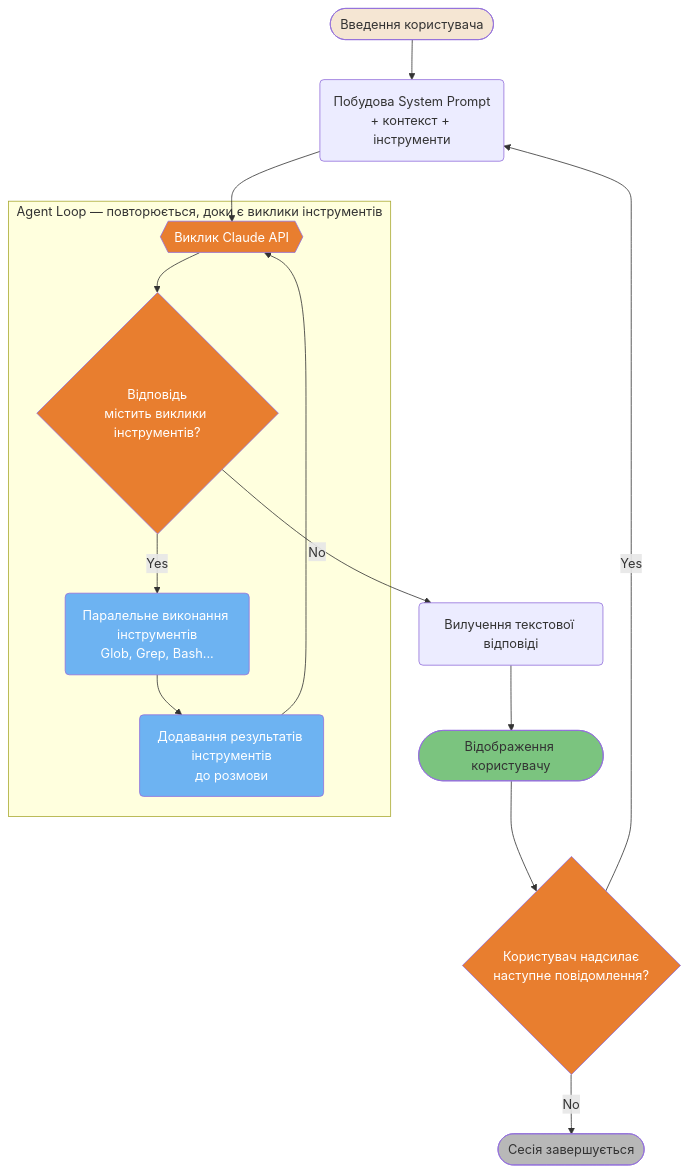
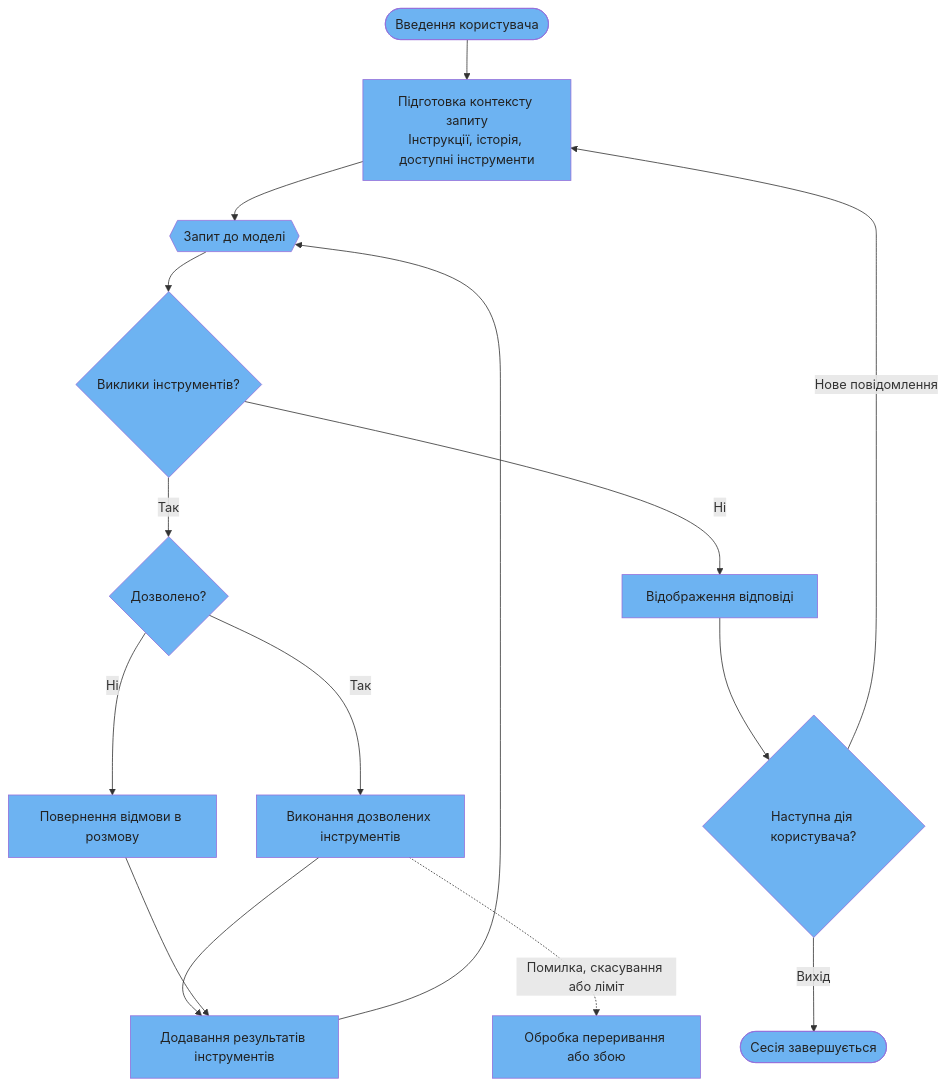
One commit to sermers-cyber/claude-code-ultimate-guide-ua changed the first of 5 diagrams in guide/diagrams/04-architecture-internals.uk.md. Above: the diagram before and after it, drawn with Mermaid. The commit also changed other lines of this file and 80 other files, not shown here.

````diff
--- a/guide/diagrams/04-architecture-internals.uk.md
+++ b/guide/diagrams/04-architecture-internals.uk.md
@@ -17,38 +17,41 @@
 ```mermaid
 flowchart TD
-    A([Введення користувача]) --> B(Побудова System Prompt<br/>+ контекст + інструменти)
-    B --> C
-
-    subgraph AGENT_LOOP["Agent Loop — повторюється, доки є виклики інструментів"]
-        C{{Виклик Claude API}} --> D{Відповідь<br/>містить виклики інструментів?}
-        D -->|Yes| E(Паралельне виконання інструментів<br/>Glob, Grep, Bash...)
-        E --> F(Додавання результатів інструментів<br/>до розмови)
-        F --> C
-    end
-
-    D -->|No| H(Вилучення текстової відповіді)
-    H --> I([Відображення користувачу])
-    I --> J{Користувач надсилає<br/>наступне повідомлення?}
-    J -->|Yes| B
-    J -->|No| K([Сесія завершується])
-
-    style A fill:#F5E6D3,color:#333
-    style C fill:#E87E2F,color:#fff
-    style D fill:#E87E2F,color:#fff
-    style E fill:#6DB3F2,color:#fff
-    style F fill:#6DB3F2,color:#fff
-    style I fill:#7BC47F,color:#333
-    style J fill:#E87E2F,color:#fff
-    style K fill:#B8B8B8,color:#333
-
-    click A href "https://github.com/gerasimsergey/claude-code-ultimate-guide-ua/blob/main/guide/ultimate-guide.md#12-first-workflow" "Введення користувача"
-    click B href "https://github.com/gerasimsergey/claude-code-ultimate-guide-ua/blob/main/guide/core/architecture.md#1-the-master-loop" "Побудова System Prompt"
-    click C href "https://github.com/gerasimsergey/claude-code-ultimate-guide-ua/blob/main/guide/core/architecture.md#1-the-master-loop" "Виклик Claude API"
-    click D href "https://github.com/gerasimsergey/claude-code-ultimate-guide-ua/blob/main/guide/core/architecture.md#1-the-master-loop" "Відповідь містить виклики інструментів?"
-    click E href "https://github.com/gerasimsergey/claude-code-ultimate-guide-ua/blob/main/guide/core/architecture.md#2-the-tool-arsenal" "Паралельне виконання інструментів"
-    click F href "https://github.com/gerasimsergey/claude-code-ultimate-guide-ua/blob/main/guide/core/architecture.md#1-the-master-loop" "Додавання результатів інструментів"
-    click H href "https://github.com/gerasimsergey/claude-code-ultimate-guide-ua/blob/main/guide/core/architecture.md#1-the-master-loop" "Вилучення текстової відповіді"
-    click I href "https://github.com/gerasimsergey/claude-code-ultimate-guide-ua/blob/main/guide/ultimate-guide.md#12-first-workflow" "Відображення користувачу"
-    click J href "https://github.com/gerasimsergey/claude-code-ultimate-guide-ua/blob/main/guide/core/architecture.md#1-the-master-loop" "Користувач надсилає наступне повідомлення?"
-    click K href "https://github.com/gerasimsergey/claude-code-ultimate-guide-ua/blob/main/guide/core/architecture.md#1-the-master-loop" "Сесія завершується"
+    A([Введення користувача]) --> B[Підготовка контексту запиту<br/>Інструкції, історія, доступні інструменти]
+    B --> C{{Запит до моделі}}
+    C --> D{Виклики інструментів?}
+    D -->|Так| PERM{Дозволено?}
+    PERM -->|Так| E[Виконання дозволених інструментів]
+    PERM -->|Ні| DENY[Повернення відмови в розмову]
+    E --> F[Додавання результатів інструментів]
+    DENY --> F
+    F --> C
+    D -->|Ні| I[Відображення відповіді]
+    I --> J{Наступна дія користувача?}
+    J -->|Нове повідомлення| B
+    J -->|Вихід| K([Сесія завершується])
+    E -.->|Помилка, скасування або ліміт| STOP[Обробка переривання або збою]
+    style A fill:#6DB3F2,color:#222
+    click A href "https://github.com/gerasimsergey/claude-code-ultimate-guide-ua/blob/main/guide/core/architecture.uk.md#1-основний-цикл-the-master-loop" "Головний цикл"
+    style B fill:#6DB3F2,color:#222
+    click B href "https://github.com/gerasimsergey/claude-code-ultimate-guide-ua/blob/main/guide/core/architecture.uk.md#1-основний-цикл-the-master-loop" "Головний цикл"
+    style C fill:#6DB3F2,color:#222
+    click C href "https://github.com/gerasimsergey/claude-code-ultimate-guide-ua/blob/main/guide/core/architecture.uk.md#1-основний-цикл-the-master-loop" "Головний цикл"
+    style D fill:#6DB3F2,color:#222
+    click D href "https://github.com/gerasimsergey/claude-code-ultimate-guide-ua/blob/main/guide/core/architecture.uk.md#1-основний-цикл-the-master-loop" "Головний цикл"
+    style PERM fill:#6DB3F2,color:#222
+    click PERM href "https://github.com/gerasimsergey/claude-code-ultimate-guide-ua/blob/main/guide/core/architecture.uk.md#1-основний-цикл-the-master-loop" "Головний цикл"
+    style E fill:#6DB3F2,color:#222
+    click E href "https://github.com/gerasimsergey/claude-code-ultimate-guide-ua/blob/main/guide/core/architecture.uk.md#1-основний-цикл-the-master-loop" "Головний цикл"
+    style DENY fill:#6DB3F2,color:#222
+    click DENY href "https://github.com/gerasimsergey/claude-code-ultimate-guide-ua/blob/main/guide/core/architecture.uk.md#1-основний-цикл-the-master-loop" "Головний цикл"
+    style F fill:#6DB3F2,color:#222
+    click F href "https://github.com/gerasimsergey/claude-code-ultimate-guide-ua/blob/main/guide/core/architecture.uk.md#1-основний-цикл-the-master-loop" "Головний цикл"
+    style I fill:#6DB3F2,color:#222
+    click I href "https://github.com/gerasimsergey/claude-code-ultimate-guide-ua/blob/main/guide/core/architecture.uk.md#1-основний-цикл-the-master-loop" "Головний цикл"
+    style J fill:#6DB3F2,color:#222
+    click J href "https://github.com/gerasimsergey/claude-code-ultimate-guide-ua/blob/main/guide/core/architecture.uk.md#1-основний-цикл-the-master-loop" "Головний цикл"
+    style K fill:#6DB3F2,color:#222
+    click K href "https://github.com/gerasimsergey/claude-code-ultimate-guide-ua/blob/main/guide/core/architecture.uk.md#1-основний-цикл-the-master-loop" "Головний цикл"
+    style STOP fill:#6DB3F2,color:#222
+    click STOP href "https://github.com/gerasimsergey/claude-code-ultimate-guide-ua/blob/main/guide/core/architecture.uk.md#1-основний-цикл-the-master-loop" "Головний цикл"
 ```
````
